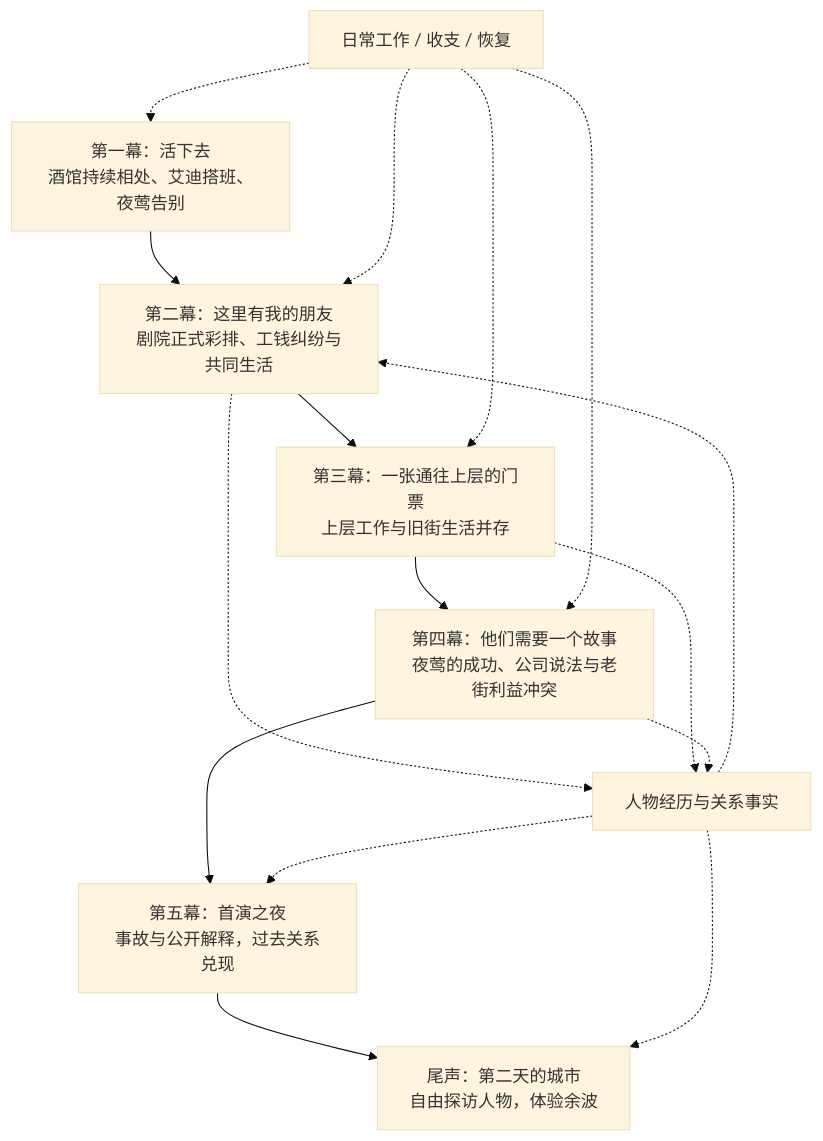
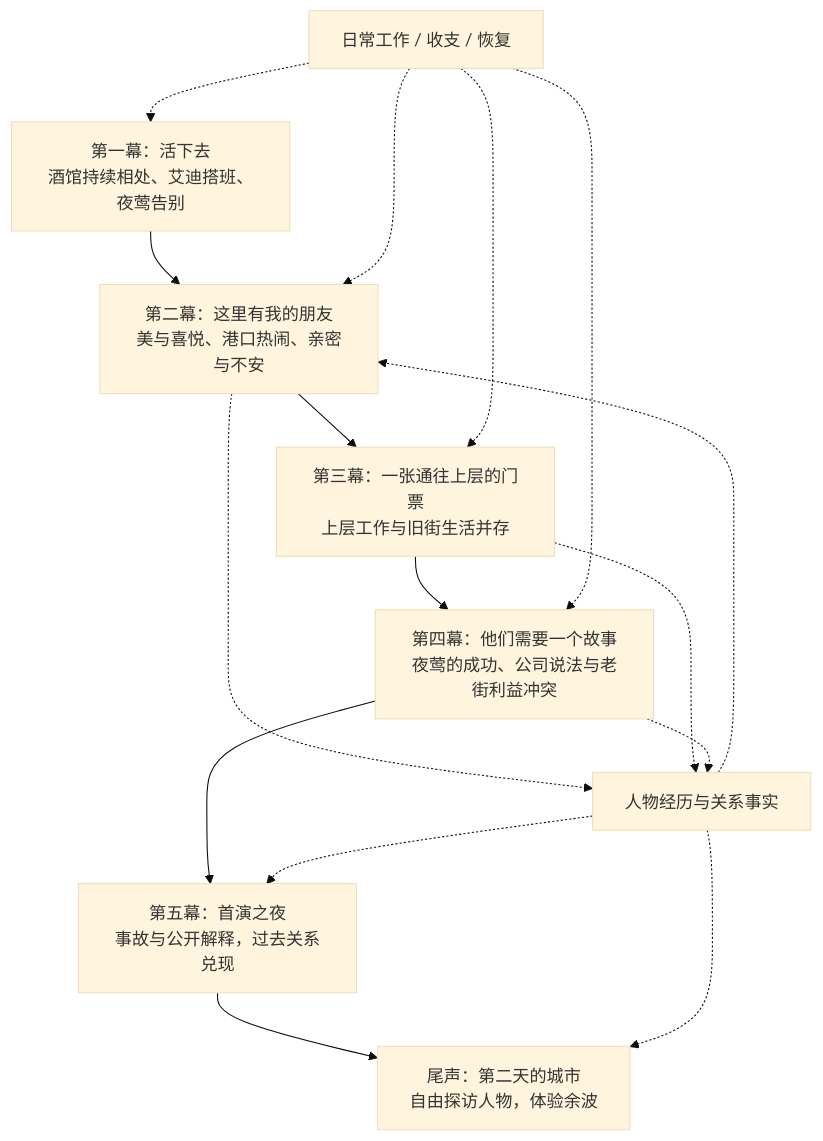
The first of 3 diagrams in docs/章节内容手稿/第一章_人物与交锋设计/00_第一章总纲_这座城里的人.md (guopanqi/ssnoir), drawn with Mermaid (base theme) before and after one commit. The commit also changed other lines of this file and 2 other files, not shown here.

````diff
--- a/docs/章节内容手稿/第一章_人物与交锋设计/00_第一章总纲_这座城里的人.md
+++ b/docs/章节内容手稿/第一章_人物与交锋设计/00_第一章总纲_这座城里的人.md
@@ -34,21 +49,21 @@
 ```mermaid
 flowchart TD
     A["第一幕：活下去<br/>酒馆持续相处、艾迪搭班、夜莺告别"]
-    B["第二幕：这里有我的朋友<br/>剧院正式彩排、工钱纠纷与共同生活"]
+    B["第二幕：这里有我的朋友<br/>美与喜悦、港口热闹、亲密与不安"]
     C["第三幕：一张通往上层的门票<br/>上层工作与旧街生活并存"]
     D["第四幕：他们需要一个故事<br/>夜莺的成功、公司说法与老街利益冲突"]
     E["第五幕：首演之夜<br/>事故与公开解释，过去关系兑现"]
     F["尾声：第二天的城市<br/>自由探访人物，体验余波"]
     A --> B --> C --> D --> E --> F
 
     G["日常工作 / 收支 / 恢复"] -.-> A
     G -.-> B
     G -.-> C
     G -.-> D
     H["人物经历与关系事实"] -.-> B
     B -.-> H
     C -.-> H
     D -.-> H
     H -.-> E
     H -.-> F
 ```
````
